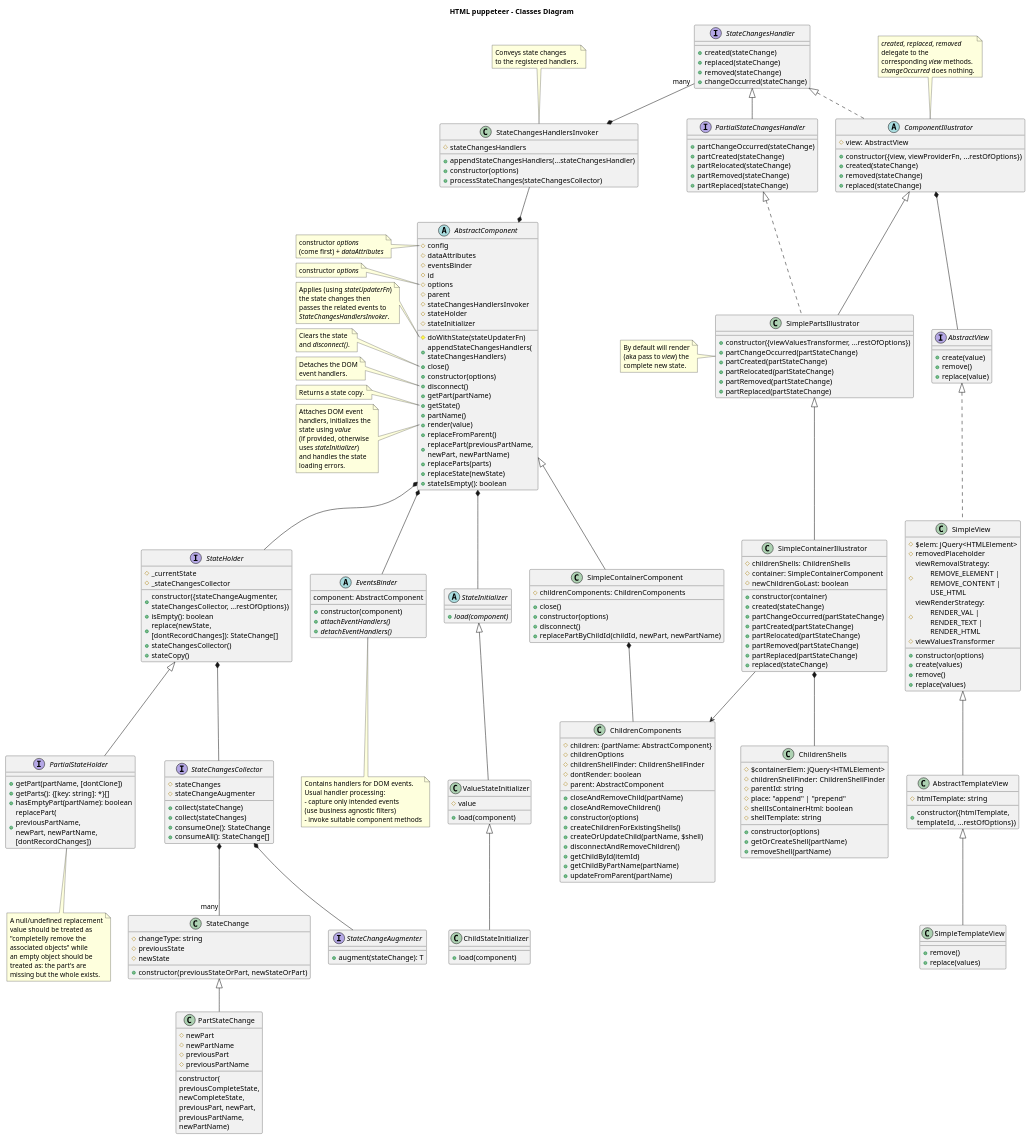
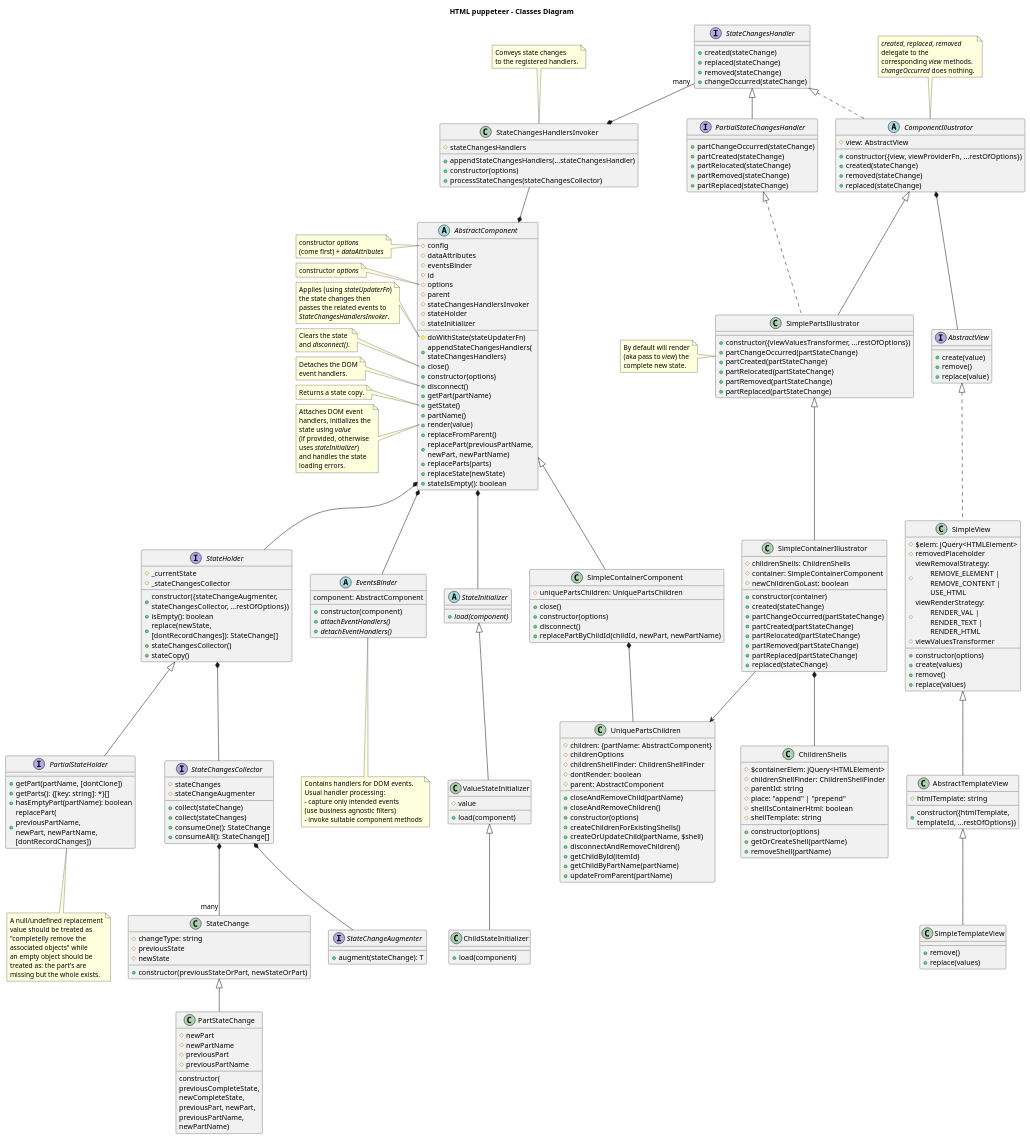
Before and after one commit to adrhc/html-puppeteer: the diagram in design/classes-diagram-v1.puml, drawn with PlantUML. The commit also changed 13 other files, not shown here.

Commit message:
ChildrenComponents renamed to UniquePartsChildren

```diff
--- a/design/classes-diagram-v1.puml
+++ b/design/classes-diagram-v1.puml
@@ -143,7 +143,7 @@
 +removeShell(partName)
 }
 
-class ChildrenComponents {
+class UniquePartsChildren {
 #children: {partName: AbstractComponent}
 #childrenOptions
 #childrenShellFinder: ChildrenShellFinder
@@ -160,7 +160,7 @@
 +updateFromParent(partName)
 }
 
-SimpleContainerIllustrator -down-> ChildrenComponents
+SimpleContainerIllustrator -down-> UniquePartsChildren
 SimpleContainerIllustrator *-down- ChildrenShells
 
 abstract EventsBinder {
@@ -267,14 +267,14 @@
 end note
 
 class SimpleContainerComponent extends AbstractComponent {
-#childrenComponents: ChildrenComponents
+#uniquePartsChildren: UniquePartsChildren
 +close()
 +constructor(options)
 +disconnect()
 +replacePartByChildId(childId, newPart, newPartName)
 }
 
-SimpleContainerComponent *-down- ChildrenComponents
+SimpleContainerComponent *-down- UniquePartsChildren
 
 /'interface ErrorsHandler {
 +accept(error)
```
